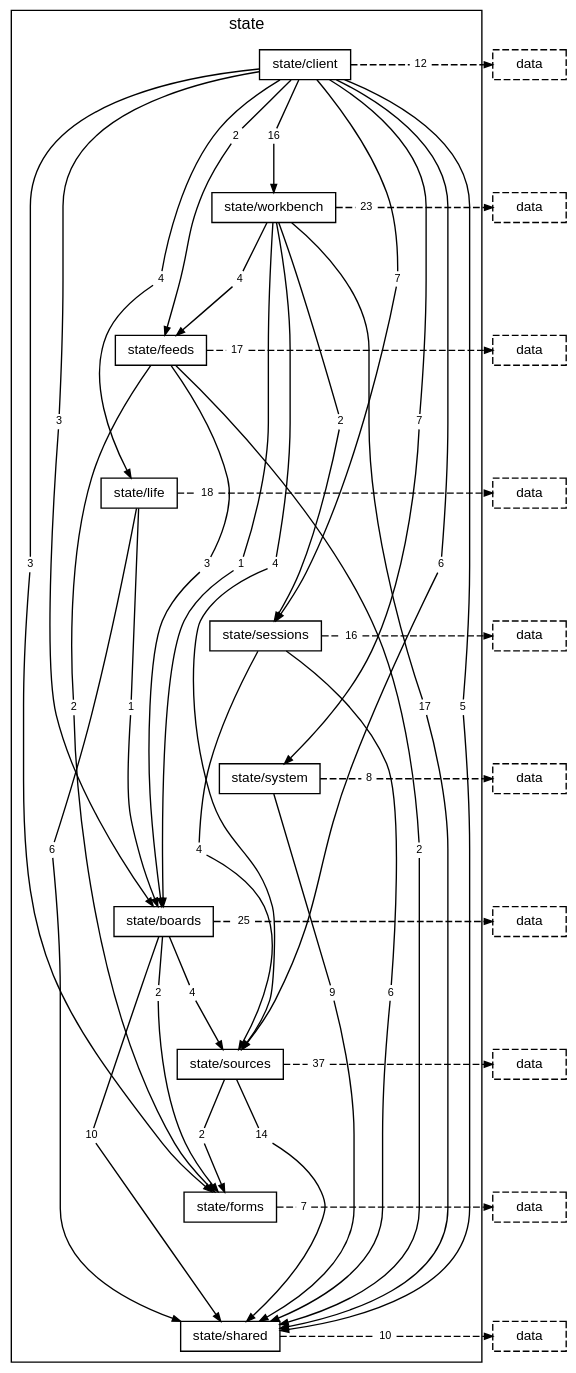
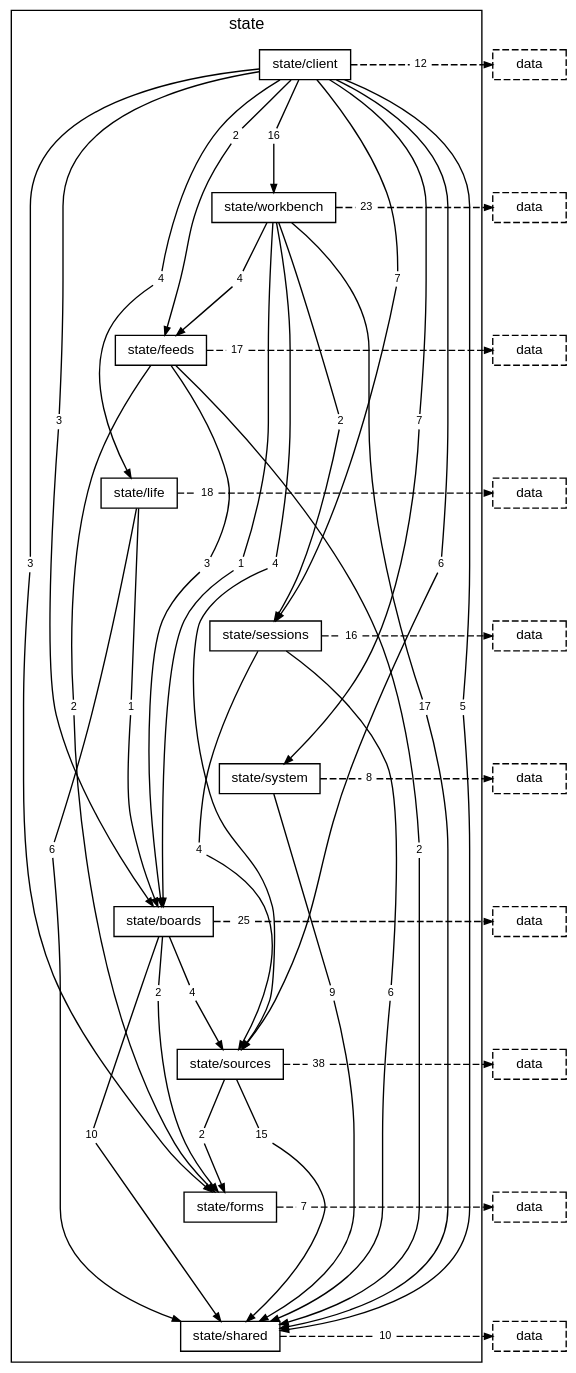
Before and after one commit to TheAxeC/oculus: the diagram in docs/diagrams/layer-state.dot, drawn with Graphviz. The commit also changed 46 other files, not shown here.

```diff
--- a/docs/diagrams/layer-state.dot
+++ b/docs/diagrams/layer-state.dot
@@ -47,8 +47,8 @@
         "folder state/boards to folder state/sources" [label="4", shape=box, color="transparent", fontsize=8, width=0, height=0, margin="0.04,0.02"];
         "folder state/boards to layer data" [label="25", shape=box, color="transparent", fontsize=8, width=0, height=0, margin="0.04,0.02"];
         "folder state/sources to folder state/forms" [label="2", shape=box, color="transparent", fontsize=8, width=0, height=0, margin="0.04,0.02"];
-        "folder state/sources to folder state/shared" [label="14", shape=box, color="transparent", fontsize=8, width=0, height=0, margin="0.04,0.02"];
-        "folder state/sources to layer data" [label="37", shape=box, color="transparent", fontsize=8, width=0, height=0, margin="0.04,0.02"];
+        "folder state/sources to folder state/shared" [label="15", shape=box, color="transparent", fontsize=8, width=0, height=0, margin="0.04,0.02"];
+        "folder state/sources to layer data" [label="38", shape=box, color="transparent", fontsize=8, width=0, height=0, margin="0.04,0.02"];
         "folder state/forms to layer data" [label="7", shape=box, color="transparent", fontsize=8, width=0, height=0, margin="0.04,0.02"];
         "folder state/shared to layer data" [label="10", shape=box, color="transparent", fontsize=8, width=0, height=0, margin="0.04,0.02"];
     }
```
